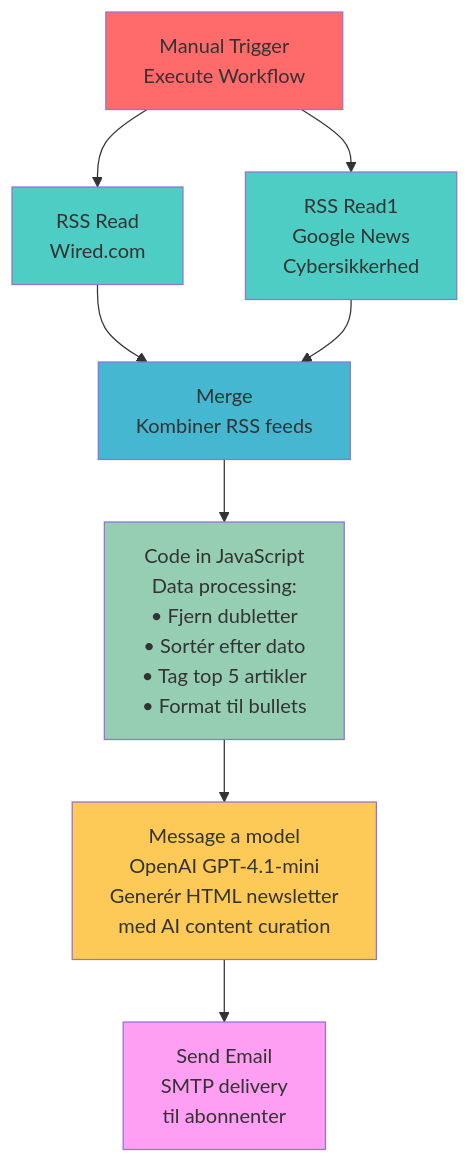
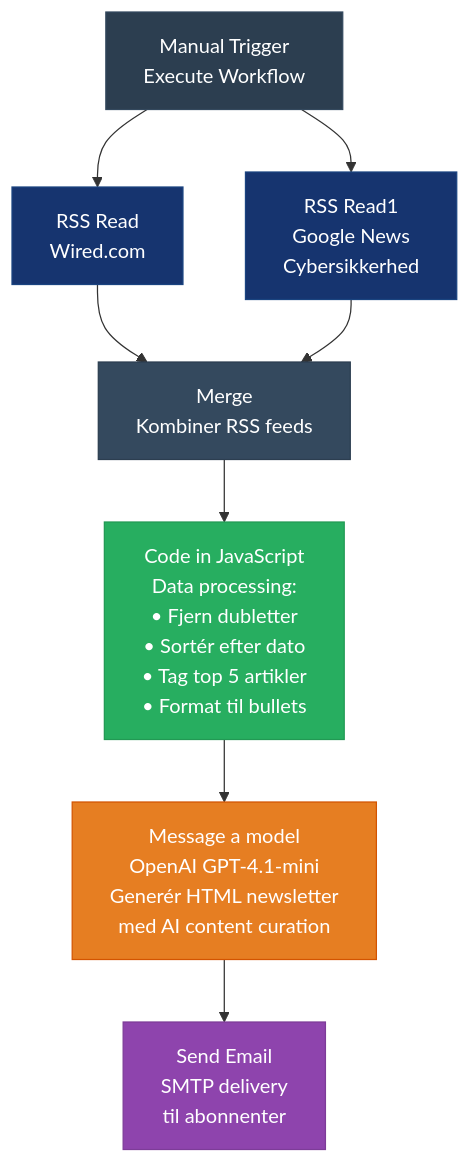
The diagram in README.md (hidesh/Newsletter-Automation), drawn with Mermaid before and after one commit.

Commit message:
Update Mermaid diagram colors to professional dark theme
- Changed from bright, screaming colors to darker, more professional tones
- Used Support Solutions brand colors (#16346F) for RSS nodes
- Added proper contrast with white text on dark backgrounds
- Improved visual hierarchy and readability

````diff
--- a/README.md
+++ b/README.md
@@ -24,22 +24,22 @@
 ```mermaid
 flowchart TD
     A[Manual Trigger<br/>Execute Workflow] --> B[RSS Read<br/>Wired.com]
     A --> C[RSS Read1<br/>Google News<br/>Cybersikkerhed]
     
     B --> D[Merge<br/>Kombiner RSS feeds]
     C --> D
     
     D --> E[Code in JavaScript<br/>Data processing:<br/>• Fjern dubletter<br/>• Sortér efter dato<br/>• Tag top 5 artikler<br/>• Format til bullets]
     
     E --> F[Message a model<br/>OpenAI GPT-4.1-mini<br/>Generér HTML newsletter<br/>med AI content curation]
     
     F --> G[Send Email<br/>SMTP delivery<br/>til abonnenter]
     
-    style A fill:#ff6b6b
-    style B fill:#4ecdc4
-    style C fill:#4ecdc4
-    style D fill:#45b7d1
-    style E fill:#96ceb4
-    style F fill:#feca57
-    style G fill:#ff9ff3
+    style A fill:#2c3e50,stroke:#34495e,color:#ffffff
+    style B fill:#16346F,stroke:#1a4480,color:#ffffff
+    style C fill:#16346F,stroke:#1a4480,color:#ffffff
+    style D fill:#34495e,stroke:#2c3e50,color:#ffffff
+    style E fill:#27ae60,stroke:#229954,color:#ffffff
+    style F fill:#e67e22,stroke:#d35400,color:#ffffff
+    style G fill:#8e44ad,stroke:#7d3c98,color:#ffffff
 ```
````
